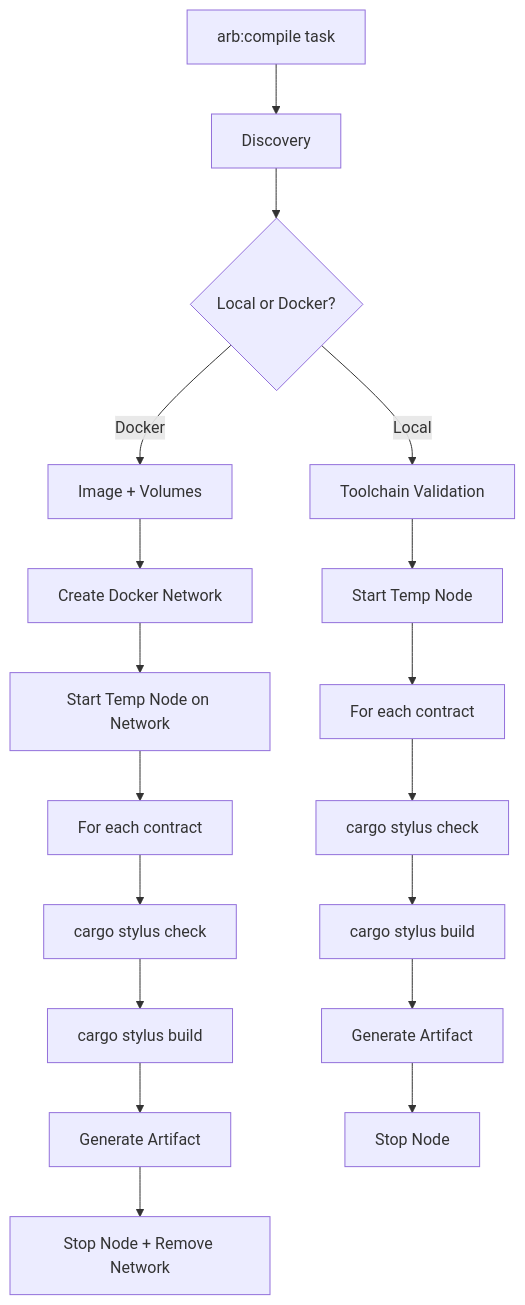
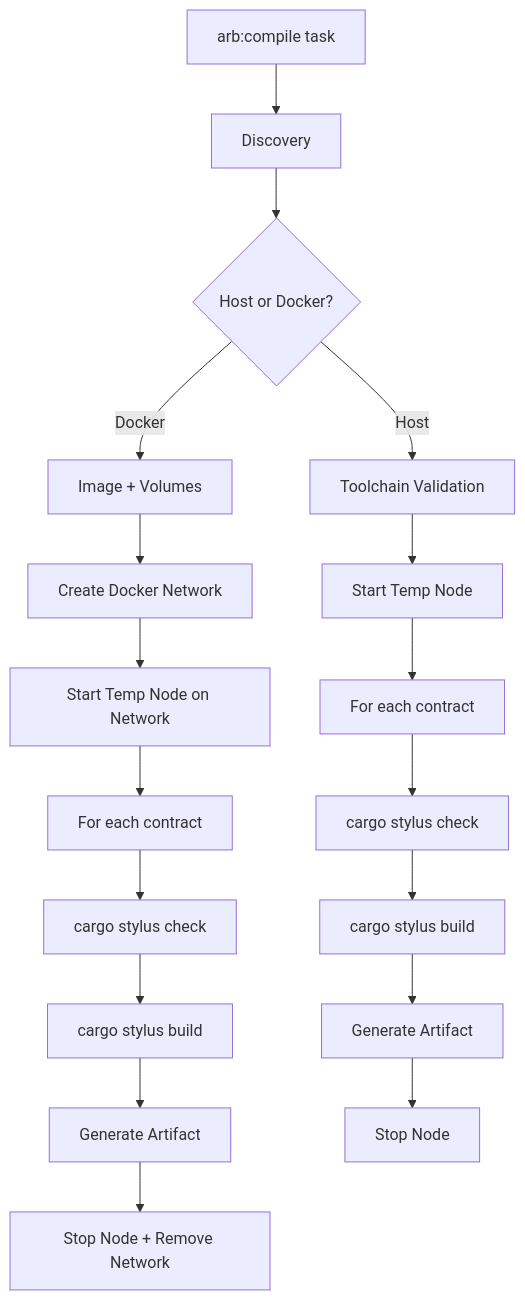
The diagram in docs/src/contributors/deep-dive/compile.md (CoBuilders-xyz/hardhat-arbitrum-stylus), drawn with Mermaid before and after one commit. The commit also changed other lines of this file and 150 other files, not shown here.

````diff
--- a/docs/src/contributors/deep-dive/compile.md
+++ b/docs/src/contributors/deep-dive/compile.md
@@ -9,20 +9,20 @@
 ```mermaid
 flowchart TD
     Task["arb:compile task"] --> Discovery["Discovery"]
-    Discovery --> Validation{"Local or Docker?"}
-    Validation -->|Local| LocalPath["Toolchain Validation"]
+    Discovery --> Validation{"Host or Docker?"}
+    Validation -->|Host| LocalPath["Toolchain Validation"]
     Validation -->|Docker| DockerPath["Image + Volumes"]
     LocalPath --> TempNode1["Start Temp Node"]
     DockerPath --> Network["Create Docker Network"]
     Network --> TempNode2["Start Temp Node on Network"]
     TempNode1 --> CompileLoop1["For each contract"]
     TempNode2 --> CompileLoop2["For each contract"]
     CompileLoop1 --> Check1["cargo stylus check"]
     Check1 --> Build1["cargo stylus build"]
     Build1 --> Artifact1["Generate Artifact"]
     CompileLoop2 --> Check2["cargo stylus check"]
     Check2 --> Build2["cargo stylus build"]
     Build2 --> Artifact2["Generate Artifact"]
     Artifact1 --> Cleanup1["Stop Node"]
     Artifact2 --> Cleanup2["Stop Node + Remove Network"]
 ```
````
